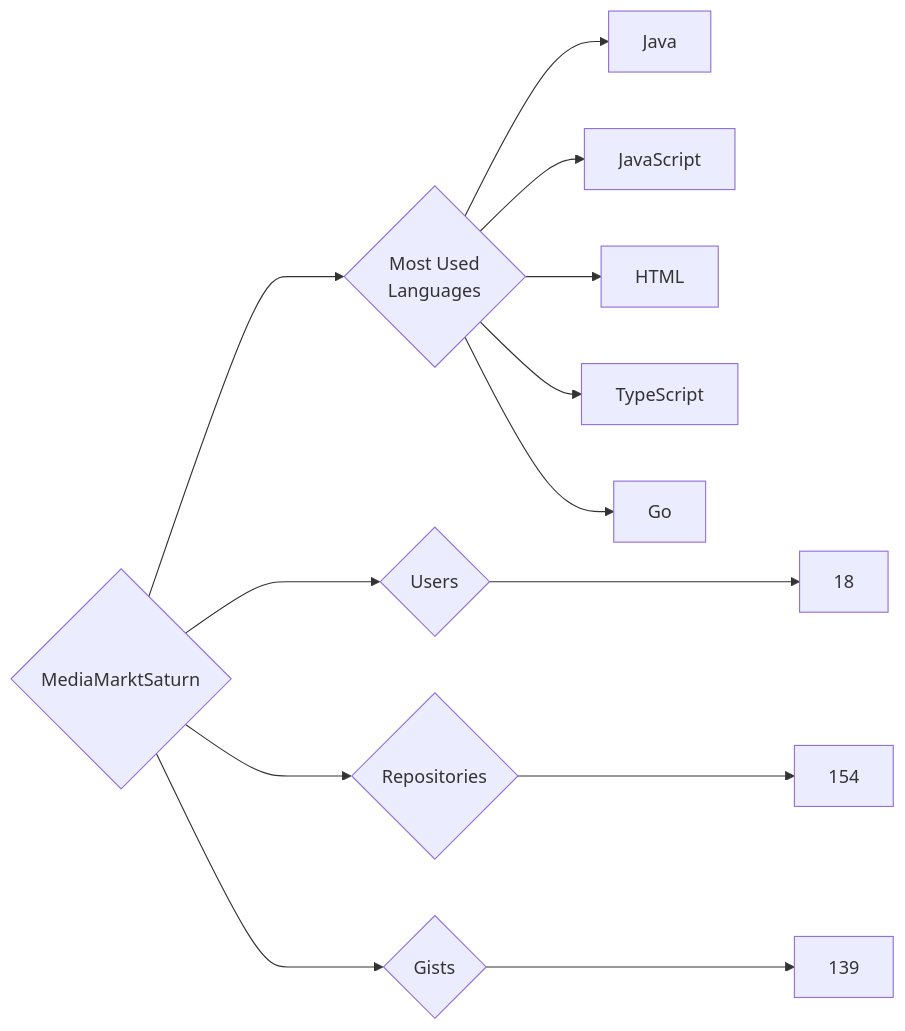
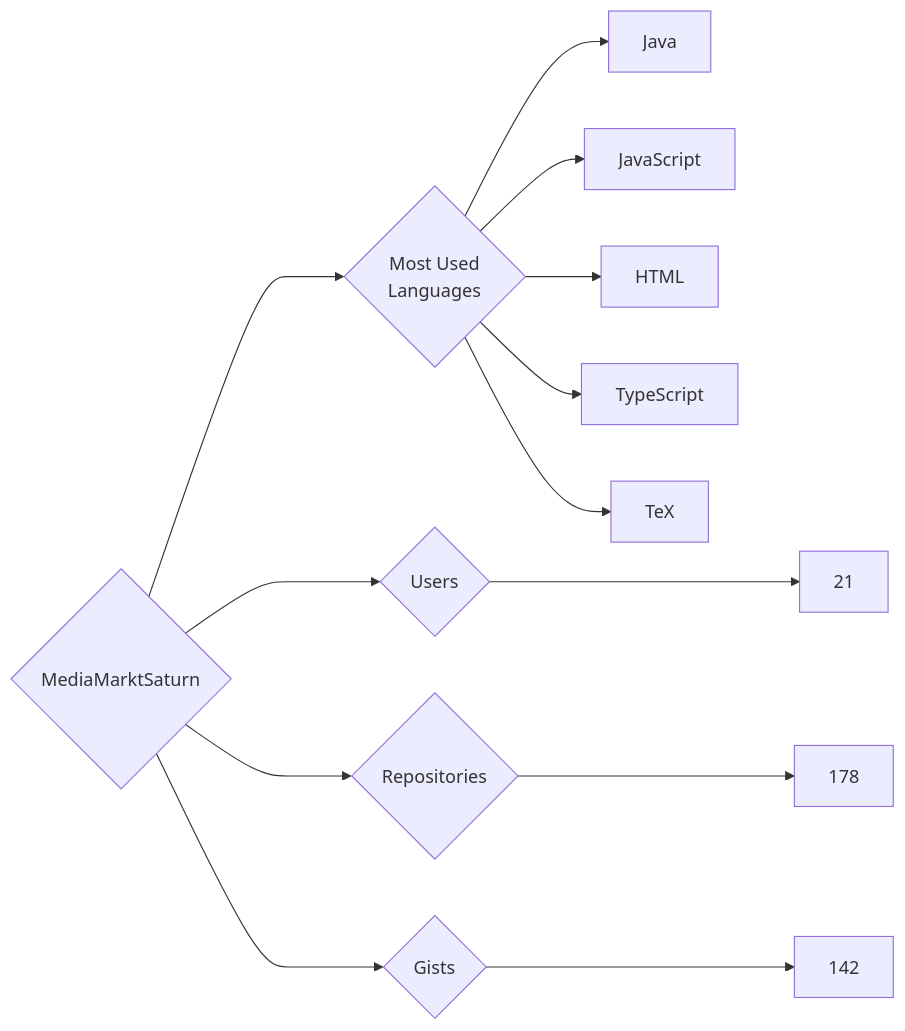
The diagram in targets/MediaMarktSaturn/README.md (trickest/insiders), drawn with Mermaid before and after one commit. The commit also changed 912 other files, not shown here.

````diff
--- a/targets/MediaMarktSaturn/README.md
+++ b/targets/MediaMarktSaturn/README.md
@@ -3,13 +3,13 @@
 ```mermaid
 graph LR
 COMPANY_NAME{MediaMarktSaturn}
-COMPANY_NAME ---> U{Users} ---> UN[18]
-COMPANY_NAME ---> R{Repositories} ---> RN[154]
-COMPANY_NAME ---> G{Gists} ---> GN[139]
+COMPANY_NAME ---> U{Users} ---> UN[21]
+COMPANY_NAME ---> R{Repositories} ---> RN[178]
+COMPANY_NAME ---> G{Gists} ---> GN[142]
 COMPANY_NAME ---> ML{Most Used<br>Languages}
 ML --> Java[Java]
 ML --> JavaScript[JavaScript]
 ML --> HTML[HTML]
 ML --> TypeScript[TypeScript]
-ML --> Go[Go]
+ML --> TeX[TeX]
 ```
````
